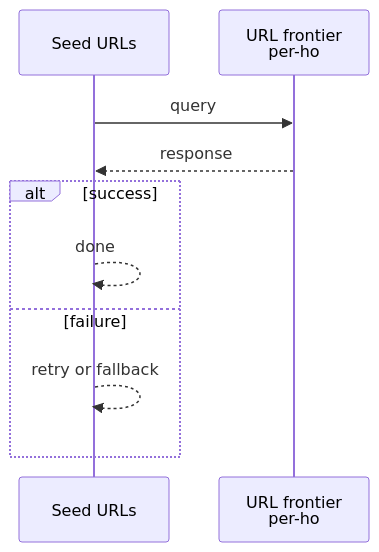
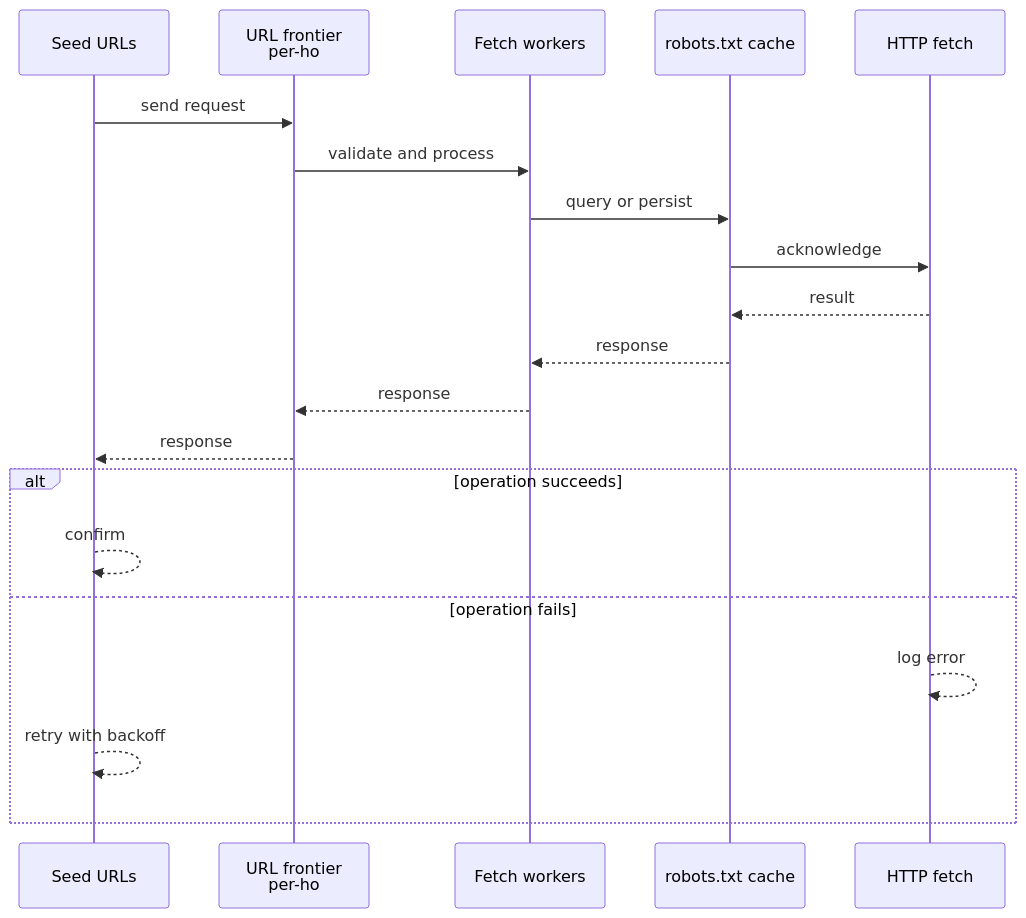
One commit to RIT-MESH/system-design-mastery changed the second of 4 diagrams in case-studies/beginner/web-crawler.md. Above: the diagram before and after it, drawn with Mermaid. The commit also changed other lines of this file and 64 other files, not shown here.

````diff
--- a/case-studies/beginner/web-crawler.md
+++ b/case-studies/beginner/web-crawler.md
@@ -75,13 +64,23 @@
 ```mermaid
 %% created-for: system-design-mastery
 sequenceDiagram
-  participant P0 as Seed URLs
-  participant P1 as URL frontier<br > per-ho
-  P0 ->> P1: query
-  P1 -->> P0: response
-  alt success
-    P0 -->> P0: done
-  else failure
-    P0 -->> P0: retry or fallback
+  participant C0 as Seed URLs
+  participant C1 as URL frontier<br > per-ho
+  participant C2 as Fetch workers
+  participant C3 as robots.txt cache
+  participant C4 as HTTP fetch
+  C0 ->> C1: send request
+  C1 ->> C2: validate and process
+  C2 ->> C3: query or persist
+  C3 ->> C4: acknowledge
+  C4 -->> C3: result
+  C3 -->> C2: response
+  C2 -->> C1: response
+  C1 -->> C0: response
+  alt operation succeeds
+    C0 -->> C0: confirm
+  else operation fails
+    C4 -->> C4: log error
+    C0 -->> C0: retry with backoff
   end
 ```
````
